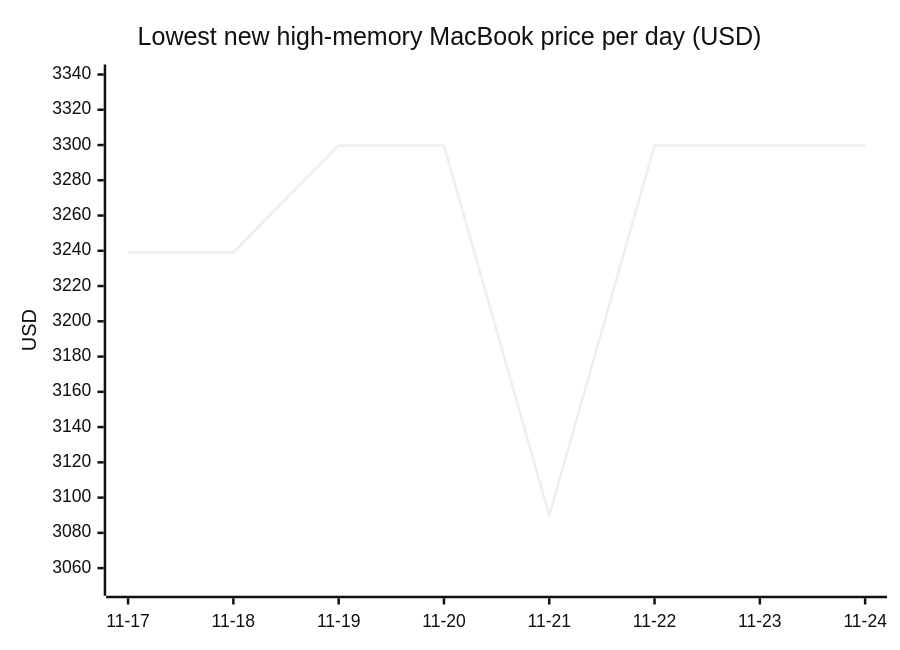
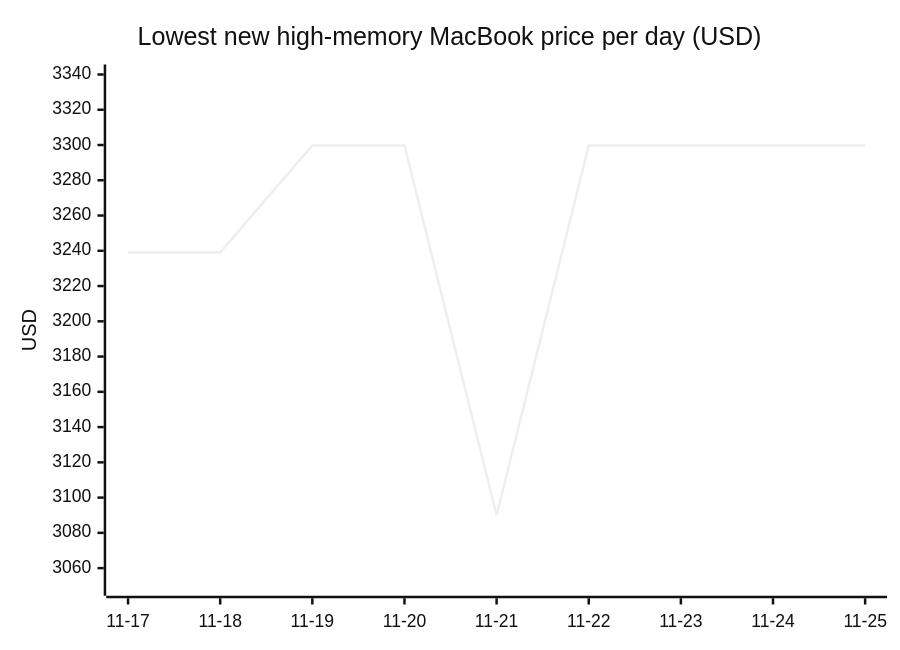
One commit to 7324136828/4tb_ssd_price_watch changed diagram 17 of 18 in README.md. Above: the diagram before and after it, drawn with Mermaid (neutral theme). The commit also changed other lines of this file, not shown here.

````diff
--- a/README.md
+++ b/README.md
@@ -1604,7 +1659,7 @@
 ```mermaid
 xychart-beta
     title "Lowest new high-memory MacBook price per day (USD)"
-    x-axis ["11-17", "11-18", "11-19", "11-20", "11-21", "11-22", "11-23", "11-24"]
+    x-axis ["11-17", "11-18", "11-19", "11-20", "11-21", "11-22", "11-23", "11-24", "11-25"]
     y-axis "USD" 3050 --> 3340
-    line [3239.09, 3239.10, 3299.74, 3299.74, 3089.95, 3299.74, 3299.74, 3299.74]
+    line [3239.09, 3239.10, 3299.74, 3299.74, 3089.95, 3299.74, 3299.74, 3299.74, 3299.74]
 ```
````
